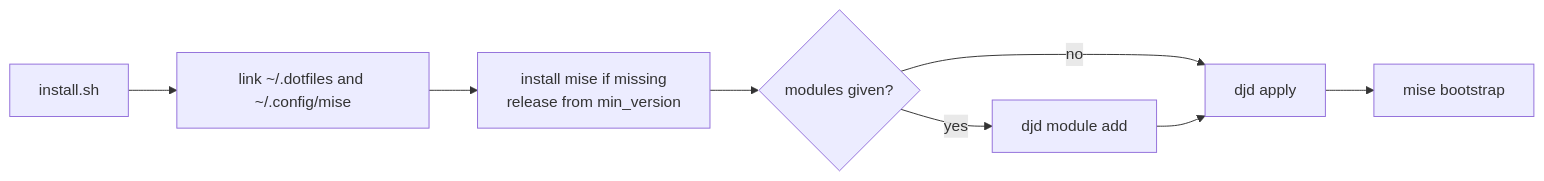
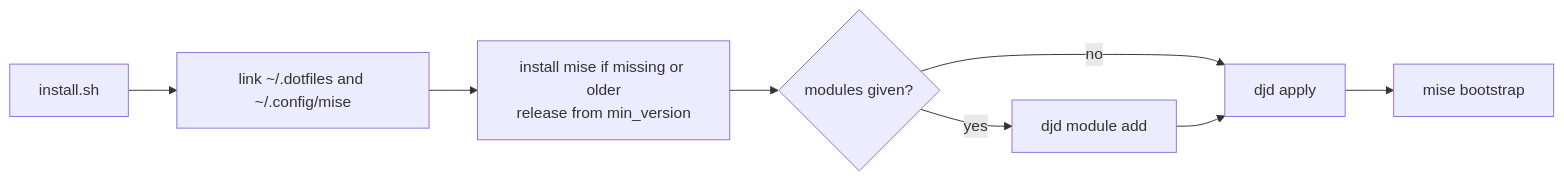
Before and after one commit to dayjobdoor/dotfiles: the first of 2 diagrams in docs/architecture.md, drawn with Mermaid. The commit also changed other lines of this file and 9 other files, not shown here.

````diff
--- a/docs/architecture.md
+++ b/docs/architecture.md
@@ -32,10 +35,10 @@
 ```mermaid
 flowchart LR
     A[install.sh] --> B[link ~/.dotfiles and ~/.config/mise]
-    B --> C[install mise if missing<br>release from min_version]
+    B --> C[install mise if missing or older<br>release from min_version]
     C --> D{modules given?}
     D -- yes --> E[djd module add]
     D -- no --> F[djd apply]
     E --> F
     F --> H[mise bootstrap]
 ```
````
